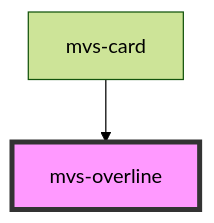
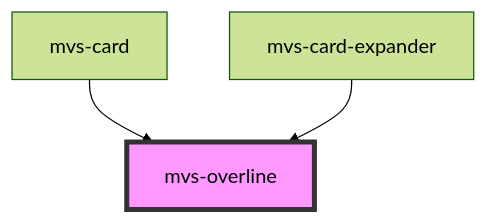
The diagram in src/components/typography/mvs-overline/readme.md (rafaela-vairo/mvs-design-system), drawn with Mermaid (forest theme) before and after one commit. The commit also changed other lines of this file and 20 other files, not shown here.

````diff
--- a/src/components/typography/mvs-overline/readme.md
+++ b/src/components/typography/mvs-overline/readme.md
@@ -15,5 +16,6 @@
 ```mermaid
 graph TD;
   mvs-card --> mvs-overline
+  mvs-card-expander --> mvs-overline
   style mvs-overline fill:#f9f,stroke:#333,stroke-width:4px
 ```
````
